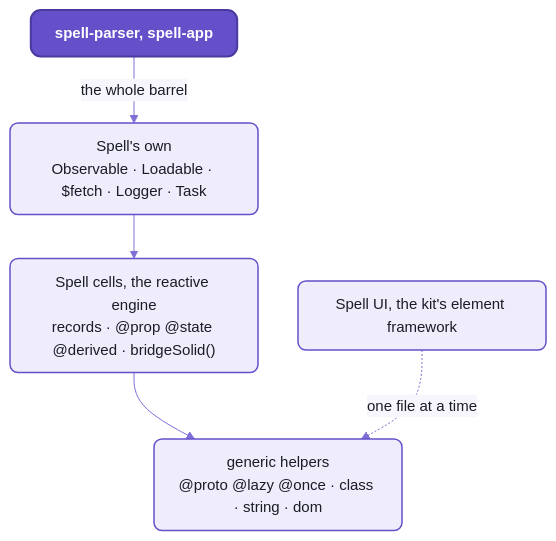
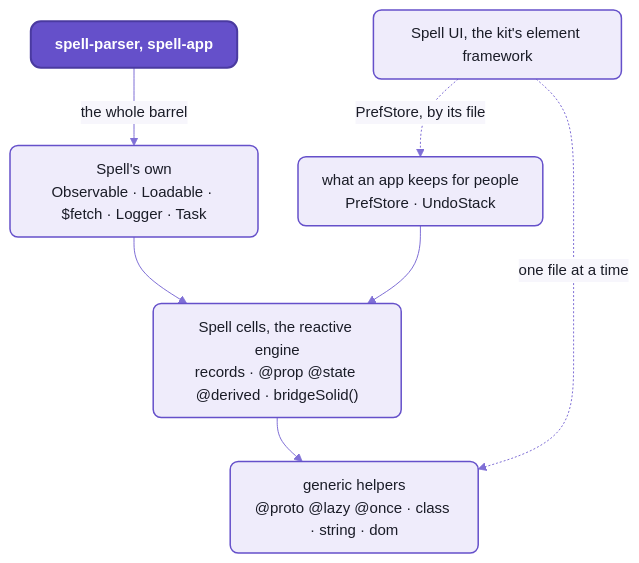
One commit to spell-app/spell changed the first of 2 diagrams in README-util.md. Above: the diagram before and after it, drawn with Mermaid. The commit also changed other lines of this file and 22 other files, not shown here.

````diff
--- a/README-util.md
+++ b/README-util.md
@@ -67,14 +68,17 @@
 ```mermaid
 %%{init: {"theme":"base","themeVariables":{"fontFamily":"-apple-system, BlinkMacSystemFont, Segoe UI, Helvetica, Arial, sans-serif","fontSize":"15px","primaryColor":"#EFECFB","primaryBorderColor":"#6550CA","primaryTextColor":"#1A1C27","secondaryColor":"#F4F1E9","tertiaryColor":"#F7F6FC","lineColor":"#7F6FD6","textColor":"#7F6FD6","clusterBkg":"#F7F6FC","clusterBorder":"#B9B0E8","titleColor":"#1A1C27","edgeLabelBackground":"#F7F6FC","actorBkg":"#EFECFB","actorBorder":"#6550CA","actorTextColor":"#1A1C27","actorLineColor":"#9C90DE","signalColor":"#7F6FD6","signalTextColor":"#7F6FD6","labelBoxBkgColor":"#EFECFB","labelBoxBorderColor":"#6550CA","labelTextColor":"#1A1C27","loopTextColor":"#7F6FD6","noteBkgColor":"#F1E7D4","noteBorderColor":"#C9B48A","noteTextColor":"#1A1C27","activationBkgColor":"#DCD6F7","activationBorderColor":"#6550CA","sequenceNumberColor":"#FFFFFF"},"flowchart":{"curve":"basis","padding":12,"nodeSpacing":40,"rankSpacing":44}}}%%
 flowchart TB
   spell["Spell's own<br/>Observable · Loadable · $fetch · Logger · Task"]
   reactive["Spell cells, the reactive engine<br/>records · @prop @state @derived · bridgeSolid()"]
   generic["generic helpers<br/>@proto @lazy @once · class · string · dom"]
+  persist["what an app keeps for people<br/>PrefStore · UndoStack"]
   spell --> reactive --> generic
+  persist --> reactive
   ui["Spell UI, the kit's element framework"] -. "one file at a time" .-> generic
+  ui -. "PrefStore, by its file" .-> persist
   lang["spell-parser, spell-app"] -- "the whole barrel" --> spell
   %% the Spell look:  yarn mermaid:pretty
   classDef default fill:#EFECFB,stroke:#6550CA,stroke-width:1.5px,color:#1A1C27,rx:8px,ry:8px
   classDef repo fill:#6550CA,stroke:#4A3AA0,stroke-width:2px,color:#FFFFFF,rx:10px,ry:10px,font-weight:600
   class lang repo
 ```
````
